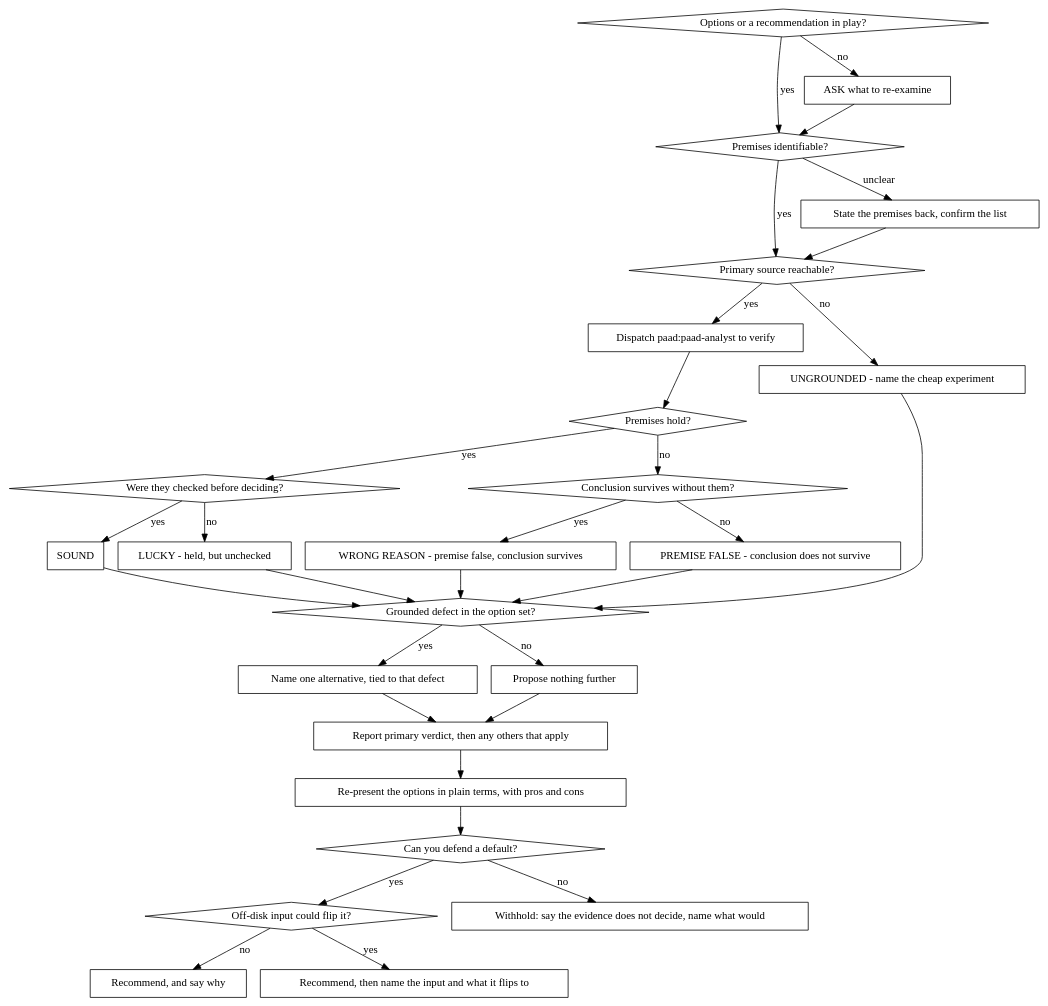
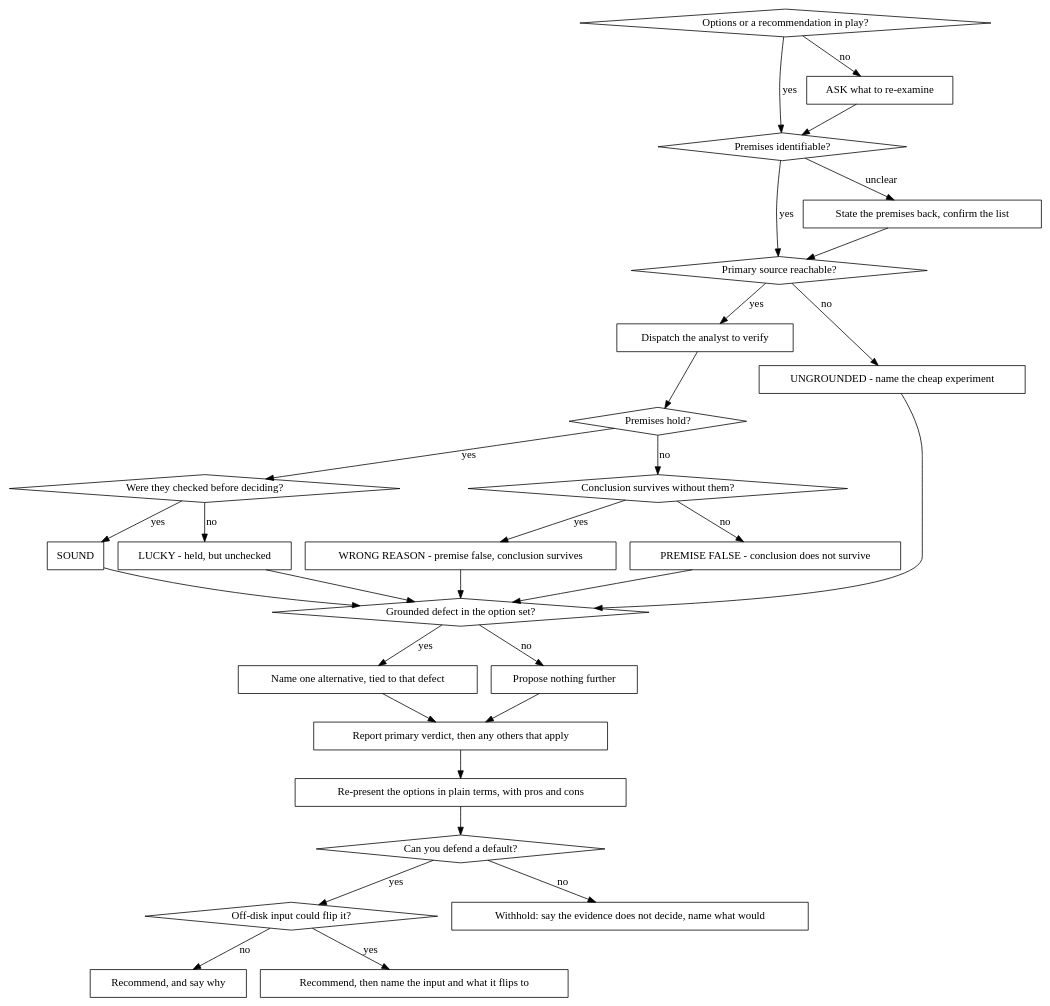
The diagram in preview/paad/skills/rethink/SKILL.md (Ovid/paad), drawn with Graphviz before and after one commit. The commit also changed other lines of this file and 16 other files, not shown here.

````diff
--- a/preview/paad/skills/rethink/SKILL.md
+++ b/preview/paad/skills/rethink/SKILL.md
@@ -26,65 +26,65 @@
 ```dot
 digraph rethink {
   "Options or a recommendation in play?" [shape=diamond];
   "Premises identifiable?" [shape=diamond];
   "Primary source reachable?" [shape=diamond];
   "Premises hold?" [shape=diamond];
   "Were they checked before deciding?" [shape=diamond];
   "Conclusion survives without them?" [shape=diamond];
   "Grounded defect in the option set?" [shape=diamond];
 
   "ASK what to re-examine" [shape=box];
   "State the premises back, confirm the list" [shape=box];
-  "Dispatch paad:paad-analyst to verify" [shape=box];
+  "Dispatch the analyst to verify" [shape=box];
   "UNGROUNDED - name the cheap experiment" [shape=box];
   "SOUND" [shape=box];
   "LUCKY - held, but unchecked" [shape=box];
   "WRONG REASON - premise false, conclusion survives" [shape=box];
   "PREMISE FALSE - conclusion does not survive" [shape=box];
   "Name one alternative, tied to that defect" [shape=box];
   "Propose nothing further" [shape=box];
   "Report primary verdict, then any others that apply" [shape=box];
   "Re-present the options in plain terms, with pros and cons" [shape=box];
   "Can you defend a default?" [shape=diamond];
   "Off-disk input could flip it?" [shape=diamond];
   "Recommend, and say why" [shape=box];
   "Recommend, then name the input and what it flips to" [shape=box];
   "Withhold: say the evidence does not decide, name what would" [shape=box];
 
   "Options or a recommendation in play?" -> "Premises identifiable?" [label="yes"];
   "Options or a recommendation in play?" -> "ASK what to re-examine" [label="no"];
   "ASK what to re-examine" -> "Premises identifiable?";
   "Premises identifiable?" -> "Primary source reachable?" [label="yes"];
   "Premises identifiable?" -> "State the premises back, confirm the list" [label="unclear"];
   "State the premises back, confirm the list" -> "Primary source reachable?";
 
-  "Primary source reachable?" -> "Dispatch paad:paad-analyst to verify" [label="yes"];
+  "Primary source reachable?" -> "Dispatch the analyst to verify" [label="yes"];
   "Primary source reachable?" -> "UNGROUNDED - name the cheap experiment" [label="no"];
 
-  "Dispatch paad:paad-analyst to verify" -> "Premises hold?";
+  "Dispatch the analyst to verify" -> "Premises hold?";
   "Premises hold?" -> "Were they checked before deciding?" [label="yes"];
   "Premises hold?" -> "Conclusion survives without them?" [label="no"];
   "Were they checked before deciding?" -> "SOUND" [label="yes"];
   "Were they checked before deciding?" -> "LUCKY - held, but unchecked" [label="no"];
   "Conclusion survives without them?" -> "WRONG REASON - premise false, conclusion survives" [label="yes"];
   "Conclusion survives without them?" -> "PREMISE FALSE - conclusion does not survive" [label="no"];
 
   "SOUND" -> "Grounded defect in the option set?";
   "LUCKY - held, but unchecked" -> "Grounded defect in the option set?";
   "WRONG REASON - premise false, conclusion survives" -> "Grounded defect in the option set?";
   "PREMISE FALSE - conclusion does not survive" -> "Grounded defect in the option set?";
   "UNGROUNDED - name the cheap experiment" -> "Grounded defect in the option set?";
 
   "Grounded defect in the option set?" -> "Name one alternative, tied to that defect" [label="yes"];
   "Grounded defect in the option set?" -> "Propose nothing further" [label="no"];
   "Name one alternative, tied to that defect" -> "Report primary verdict, then any others that apply";
   "Propose nothing further" -> "Report primary verdict, then any others that apply";
 
   "Report primary verdict, then any others that apply" -> "Re-present the options in plain terms, with pros and cons";
   "Re-present the options in plain terms, with pros and cons" -> "Can you defend a default?";
   "Can you defend a default?" -> "Off-disk input could flip it?" [label="yes"];
   "Can you defend a default?" -> "Withhold: say the evidence does not decide, name what would" [label="no"];
   "Off-disk input could flip it?" -> "Recommend, then name the input and what it flips to" [label="yes"];
   "Off-disk input could flip it?" -> "Recommend, and say why" [label="no"];
 }
 ```
````
